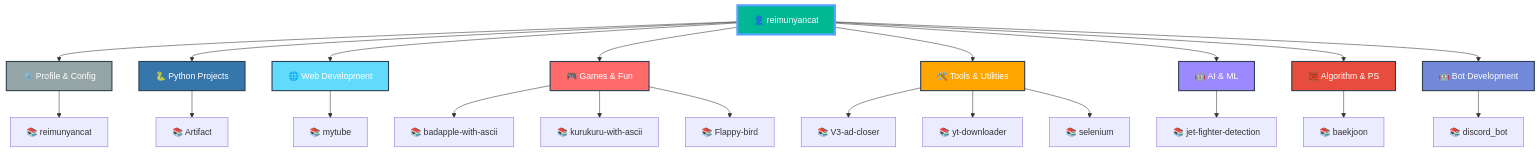
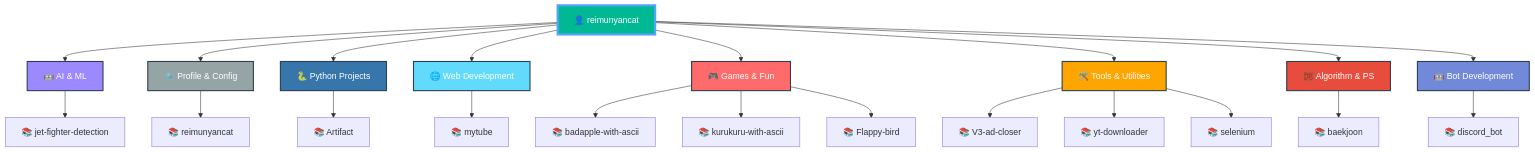
The diagram in README.md (reimunyancat/reimunyancat), drawn with Mermaid before and after one commit. The commit also changed other lines of this file, not shown here.

Commit message:
🤖 Auto-update README with latest repositories

````diff
--- a/README.md
+++ b/README.md
@@ -159,42 +159,42 @@
 ```mermaid
 graph TD
   A[👤 reimunyancat]
 
-  A --> CAT0[⚙️ Profile & Config]
-  CAT0 --> CAT0_0[📚 reimunyancat]
+  A --> CAT0[🤖 AI & ML]
+  CAT0 --> CAT0_0[📚 jet-fighter-detection]
 
-  A --> CAT1[🐍 Python Projects]
-  CAT1 --> CAT1_0[📚 Artifact]
+  A --> CAT1[⚙️ Profile & Config]
+  CAT1 --> CAT1_0[📚 reimunyancat]
 
-  A --> CAT2[🌐 Web Development]
-  CAT2 --> CAT2_0[📚 mytube]
+  A --> CAT2[🐍 Python Projects]
+  CAT2 --> CAT2_0[📚 Artifact]
 
-  A --> CAT3[🎮 Games & Fun]
-  CAT3 --> CAT3_0[📚 badapple-with-ascii]
-  CAT3 --> CAT3_1[📚 kurukuru-with-ascii]
-  CAT3 --> CAT3_2[📚 Flappy-bird]
+  A --> CAT3[🌐 Web Development]
+  CAT3 --> CAT3_0[📚 mytube]
 
-  A --> CAT4[🛠️ Tools & Utilities]
-  CAT4 --> CAT4_0[📚 V3-ad-closer]
-  CAT4 --> CAT4_1[📚 yt-downloader]
-  CAT4 --> CAT4_2[📚 selenium]
+  A --> CAT4[🎮 Games & Fun]
+  CAT4 --> CAT4_0[📚 badapple-with-ascii]
+  CAT4 --> CAT4_1[📚 kurukuru-with-ascii]
+  CAT4 --> CAT4_2[📚 Flappy-bird]
 
-  A --> CAT5[🤖 AI & ML]
-  CAT5 --> CAT5_0[📚 jet-fighter-detection]
+  A --> CAT5[🛠️ Tools & Utilities]
+  CAT5 --> CAT5_0[📚 V3-ad-closer]
+  CAT5 --> CAT5_1[📚 yt-downloader]
+  CAT5 --> CAT5_2[📚 selenium]
 
   A --> CAT6[🧮 Algorithm & PS]
   CAT6 --> CAT6_0[📚 baekjoon]
 
   A --> CAT7[🤖 Bot Development]
   CAT7 --> CAT7_0[📚 discord_bot]
 
   style A fill:#00b894,stroke:#55a3ff,stroke-width:4px,color:#fff
-  style CAT0 fill:#95a5a6,stroke:#2c3e50,stroke-width:2px,color:#fff
-  style CAT1 fill:#3776ab,stroke:#2c3e50,stroke-width:2px,color:#fff
-  style CAT2 fill:#61dafb,stroke:#2c3e50,stroke-width:2px,color:#fff
-  style CAT3 fill:#ff6b6b,stroke:#2c3e50,stroke-width:2px,color:#fff
-  style CAT4 fill:#ffa500,stroke:#2c3e50,stroke-width:2px,color:#fff
-  style CAT5 fill:#9c88ff,stroke:#2c3e50,stroke-width:2px,color:#fff
+  style CAT0 fill:#9c88ff,stroke:#2c3e50,stroke-width:2px,color:#fff
+  style CAT1 fill:#95a5a6,stroke:#2c3e50,stroke-width:2px,color:#fff
+  style CAT2 fill:#3776ab,stroke:#2c3e50,stroke-width:2px,color:#fff
+  style CAT3 fill:#61dafb,stroke:#2c3e50,stroke-width:2px,color:#fff
+  style CAT4 fill:#ff6b6b,stroke:#2c3e50,stroke-width:2px,color:#fff
+  style CAT5 fill:#ffa500,stroke:#2c3e50,stroke-width:2px,color:#fff
   style CAT6 fill:#e74c3c,stroke:#2c3e50,stroke-width:2px,color:#fff
   style CAT7 fill:#7289da,stroke:#2c3e50,stroke-width:2px,color:#fff
 ```
````
